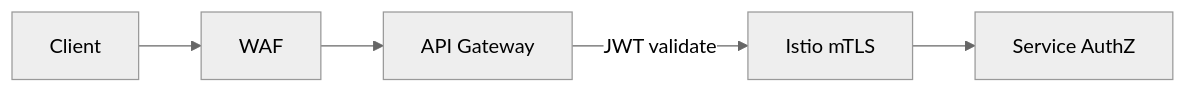
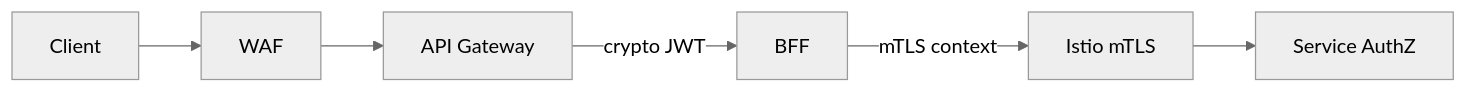
Before and after one commit to rishikeshdhokare/platform-manifesto: the second of 4 diagrams in 04-infrastructure-and-cloud/03-security.md, drawn with Mermaid (neutral theme). The commit also changed other lines of this file, not shown here.

First line of the commit message:
docs(security): align external auth with gateway, BFF, and services

````diff
--- a/04-infrastructure-and-cloud/03-security.md
+++ b/04-infrastructure-and-cloud/03-security.md
@@ -195,7 +198,8 @@
 ```mermaid
 flowchart LR
     Client[Client] --> WAF[WAF]
     WAF --> GW[API Gateway]
-    GW -->|"JWT validate"| Istio[Istio mTLS]
+    GW -->|"crypto JWT"| BFF[BFF]
+    BFF -->|"mTLS context"| Istio[Istio mTLS]
     Istio --> Svc[Service AuthZ]
 ```
````
